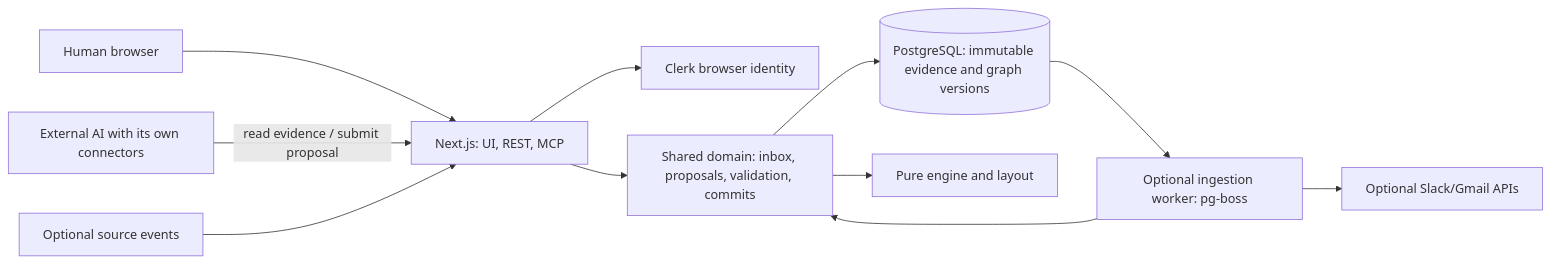
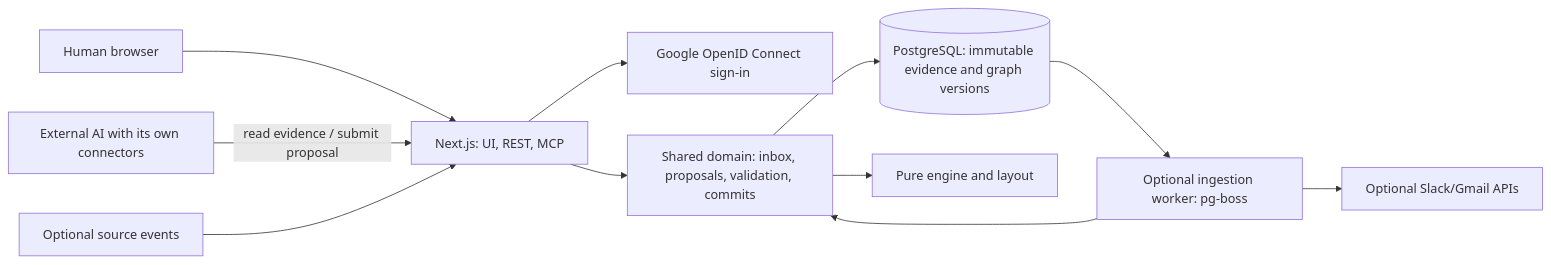
Before and after one commit to PhucLuu-091005/cybernetics: the diagram in docs/superpowers/specs/2026-10-12-promise-graph-srd.md, drawn with Mermaid. The commit also changed other lines of this file and 4 other files, not shown here.

````diff
--- a/docs/superpowers/specs/2026-10-12-promise-graph-srd.md
+++ b/docs/superpowers/specs/2026-10-12-promise-graph-srd.md
@@ -435,13 +452,13 @@
 ```mermaid
 flowchart LR
     H[Human browser] --> W[Next.js: UI, REST, MCP]
     A[External AI with its own connectors] -->|read evidence / submit proposal| W
-    W --> C[Clerk browser identity]
+    W --> C[Google OpenID Connect sign-in]
     W --> D[Shared domain: inbox, proposals, validation, commits]
     D --> P[(PostgreSQL: immutable evidence and graph versions)]
     D --> E[Pure engine and layout]
     S[Optional source events] --> W
     P --> K[Optional ingestion worker: pg-boss]
     K --> D
     K --> X[Optional Slack/Gmail APIs]
 ```
````
